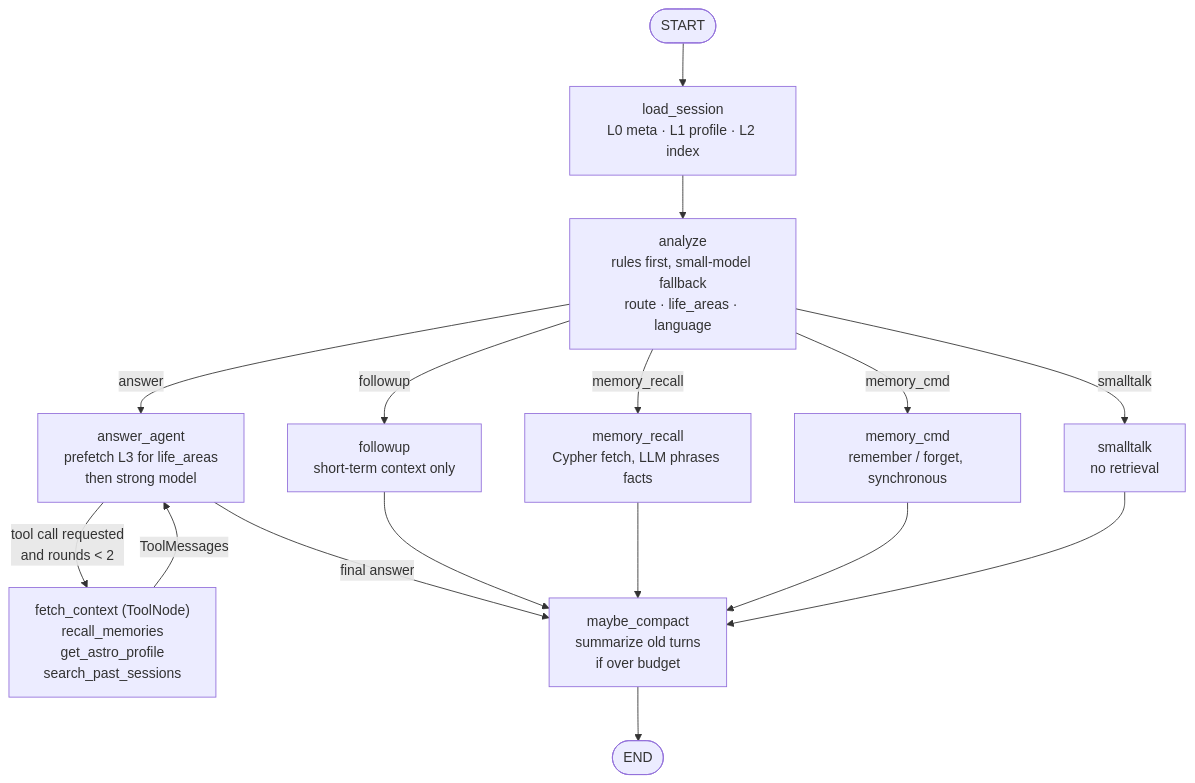
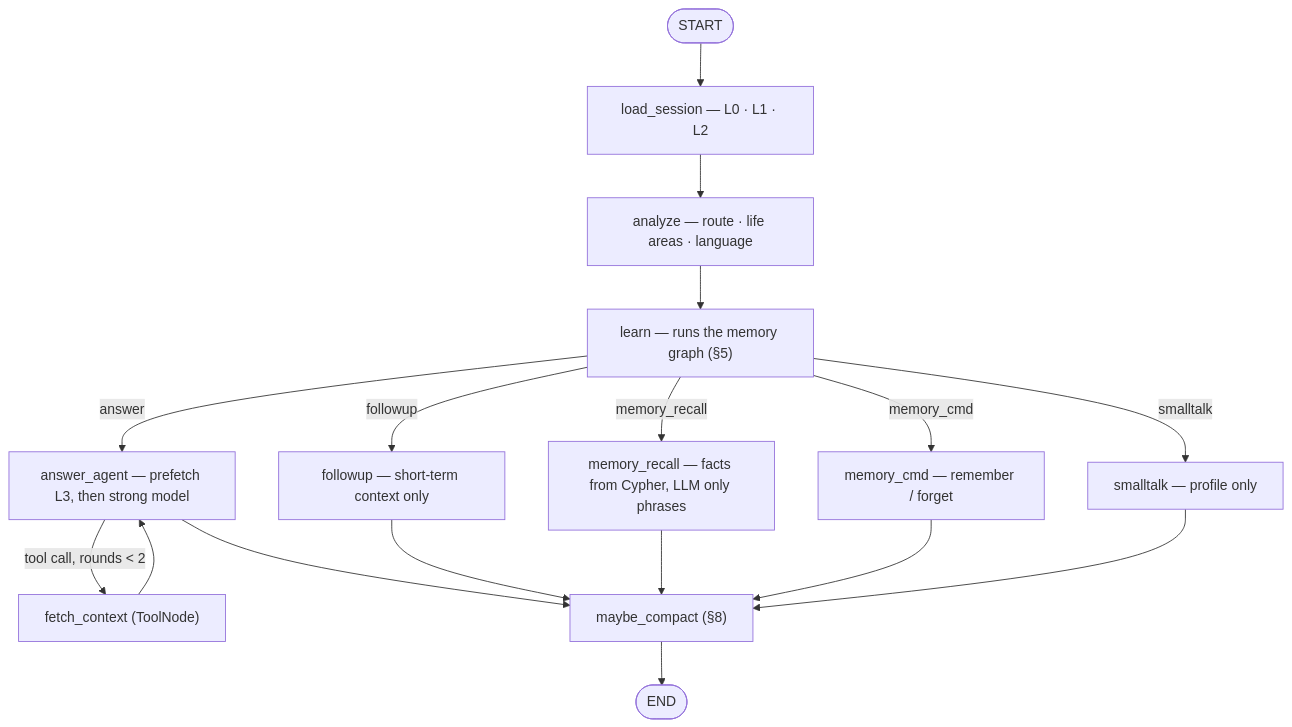
One commit to Ankit-Bharti2908/astro_app changed the second of 4 diagrams in docs/ARCHITECTURE.md. Above: the diagram before and after it, drawn with Mermaid. The commit also changed other lines of this file and 4 other files, not shown here.

````diff
--- a/docs/ARCHITECTURE.md
+++ b/docs/ARCHITECTURE.md
@@ -73,21 +78,15 @@
 ```mermaid
 flowchart TD
-    START([START]) --> LS["load_session<br/>L0 meta · L1 profile · L2 index"]
-    LS --> AN["analyze<br/>rules first, small-model fallback<br/>route · life_areas · language"]
+    START([START]) --> LS["load_session — L0 · L1 · L2"]
+    LS --> AN["analyze — route · life areas · language"]
+    AN --> LN["learn — runs the memory graph (§5)"]
 
-    AN -->|answer| AA["answer_agent<br/>prefetch L3 for life_areas<br/>then strong model"]
-    AN -->|followup| FU["followup<br/>short-term context only"]
-    AN -->|memory_recall| MR["memory_recall<br/>Cypher fetch, LLM phrases facts"]
-    AN -->|memory_cmd| MC["memory_cmd<br/>remember / forget, synchronous"]
-    AN -->|smalltalk| ST["smalltalk<br/>no retrieval"]
+    LN -->|answer| AA["answer_agent — prefetch L3, then strong model"]
+    LN -->|followup| FU["followup — short-term context only"]
+    LN -->|memory_recall| MR["memory_recall — facts from Cypher, LLM only phrases"]
+    LN -->|memory_cmd| MC["memory_cmd — remember / forget"]
+    LN -->|smalltalk| ST["smalltalk — profile only"]
 
-    AA -->|"tool call requested<br/>and rounds < 2"| TL["fetch_context (ToolNode)<br/>recall_memories<br/>get_astro_profile<br/>search_past_sessions"]
-    TL -->|ToolMessages| AA
-    AA -->|final answer| CMP
-
-    FU --> CMP["maybe_compact<br/>summarize old turns<br/>if over budget"]
-    MR --> CMP
-    MC --> CMP
-    ST --> CMP
-    CMP --> END([END])
+    AA -->|"tool call, rounds < 2"| TL["fetch_context (ToolNode)"] --> AA
+    AA & FU & MR & MC & ST --> CMP["maybe_compact (§8)"] --> END([END])
 ```
````
